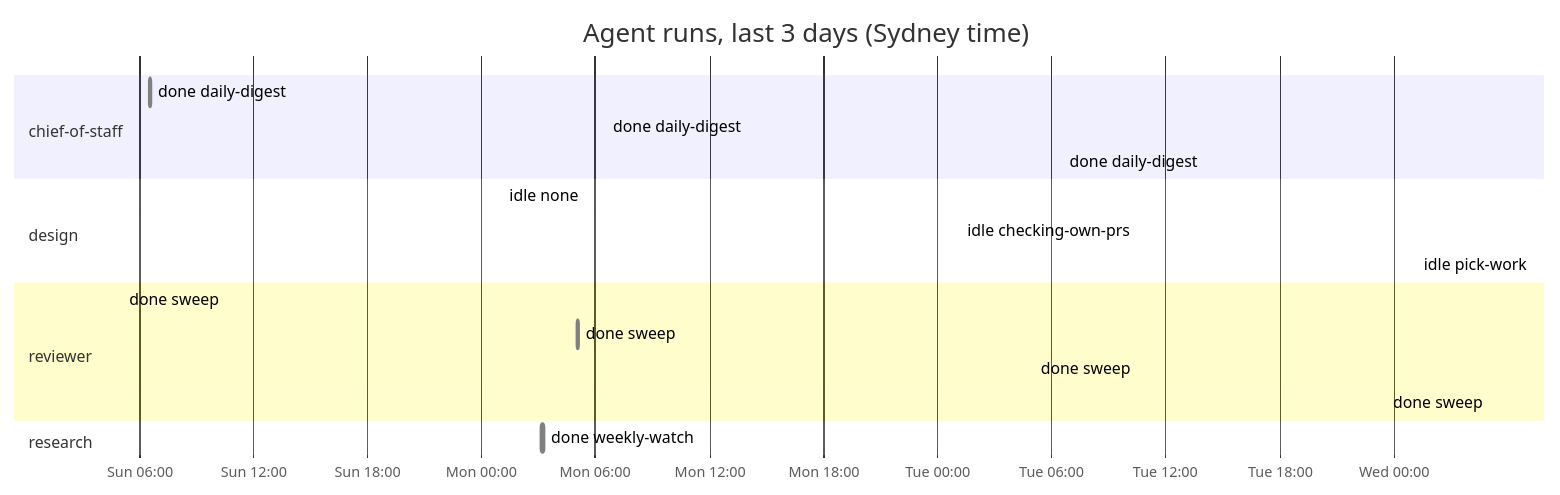
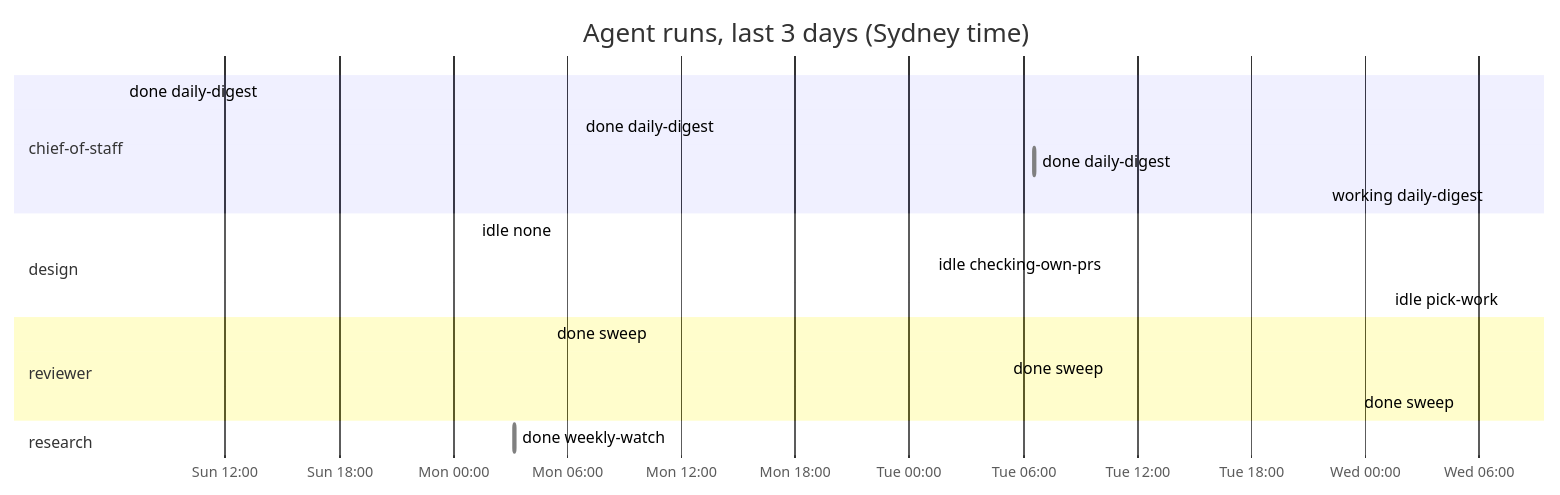
One commit to roulmediateam-byte/fifteen-expert-hq changed the diagram in dashboard.md. Above: the diagram before and after it, drawn with Mermaid. The commit also changed other lines of this file and 1 other file, not shown here.

````diff
--- a/dashboard.md
+++ b/dashboard.md
@@ -44,21 +44,21 @@
 ```mermaid
 gantt
     title Agent runs, last 3 days (Sydney time)
     dateFormat YYYY-MM-DD HH:mm
     axisFormat %a %H:%M
     section chief-of-staff
     done daily-digest :done, 2026-11-15 06:35, 2026-11-15 06:36
     done daily-digest :done, 2026-11-16 06:35, 2026-11-16 06:36
     done daily-digest :done, 2026-11-17 06:35, 2026-11-17 06:36
+    working daily-digest :active, 2026-11-18 06:35, 2026-11-18 06:35
     section design
     idle none :done, 2026-11-16 01:08, 2026-11-16 01:08
     idle checking-own-prs :done, 2026-11-17 01:12, 2026-11-17 01:12
     idle pick-work :done, 2026-11-18 01:11, 2026-11-18 01:11
     section reviewer
-    done sweep :done, 2026-11-15 05:07, 2026-11-15 05:08
     done sweep :done, 2026-11-16 05:05, 2026-11-16 05:06
     done sweep :done, 2026-11-17 05:05, 2026-11-17 05:05
     done sweep :done, 2026-11-18 05:04, 2026-11-18 05:05
     section research
     done weekly-watch :done, 2026-11-16 03:10, 2026-11-16 03:17
 ```
````
